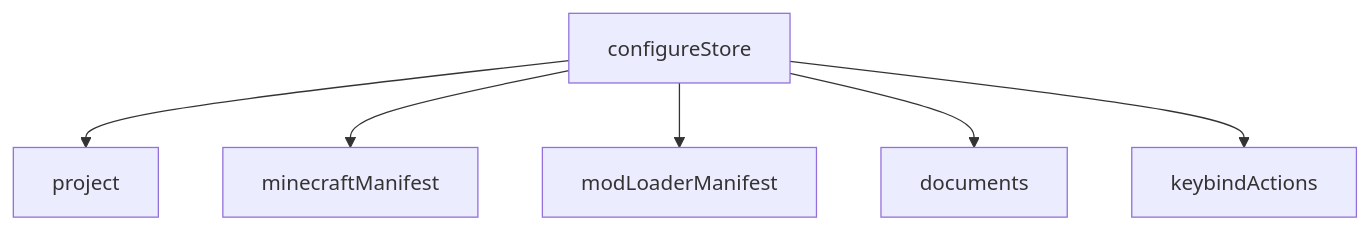
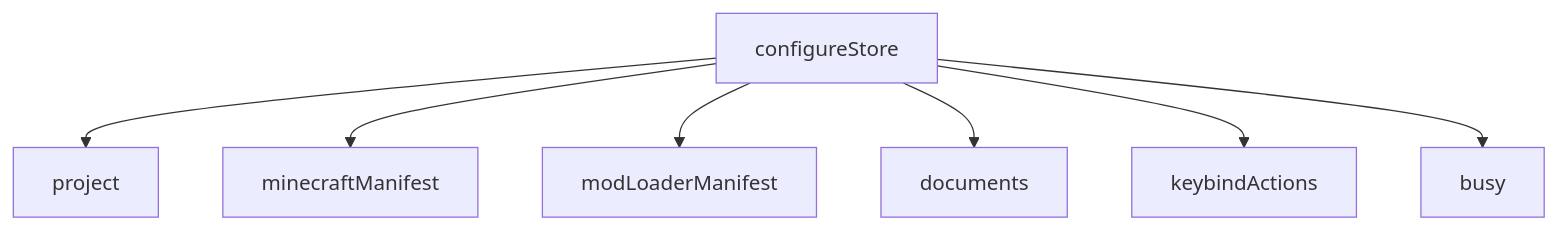
One commit to Alexkill536ITA/ForgeModpack changed the first of 2 diagrams in docs/en/technical/04-state-redux.md. Above: the diagram before and after it, drawn with Mermaid. The commit also changed other lines of this file and 36 other files, not shown here.

````diff
--- a/docs/en/technical/04-state-redux.md
+++ b/docs/en/technical/04-state-redux.md
@@ -7,8 +7,9 @@
 ```mermaid
 graph TB
     Store["configureStore"] --> P["project"]
     Store --> MC["minecraftManifest"]
     Store --> ML["modLoaderManifest"]
     Store --> D["documents"]
     Store --> K["keybindActions"]
+    Store --> B["busy"]
 ```
````
